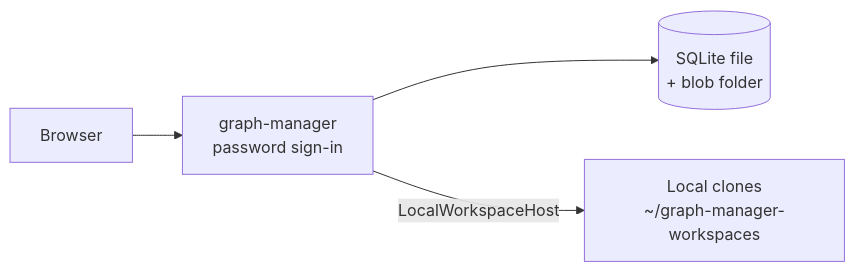
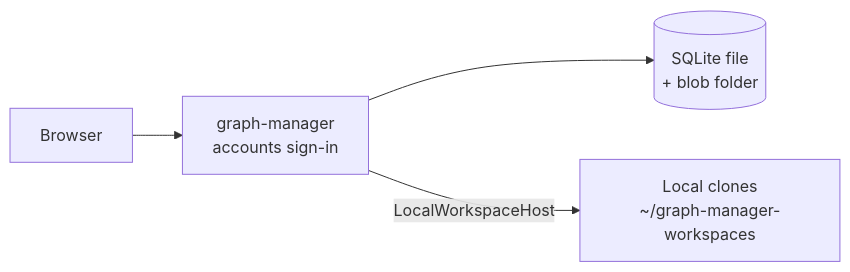
One commit to romm0109/graph-execution changed the second of 4 diagrams in docs/prd/hosted-sessions.md. Above: the diagram before and after it, drawn with Mermaid. The commit also changed other lines of this file, not shown here.

First line of the commit message:
docs: hosted-sessions spec: built-in accounts, optional sign-up, Docker sessions for multi-user installs

````diff
--- a/docs/prd/hosted-sessions.md
+++ b/docs/prd/hosted-sessions.md
@@ -47,6 +49,6 @@
 ```mermaid
 flowchart LR
-  U["Browser"] --> GM["graph-manager<br/>password sign-in"]
+  U["Browser"] --> GM["graph-manager<br/>accounts sign-in"]
   GM --> JS[("SQLite file<br/>+ blob folder")]
   GM -->|"LocalWorkspaceHost"| WS["Local clones<br/>~/graph-manager-workspaces"]
 ```
````
